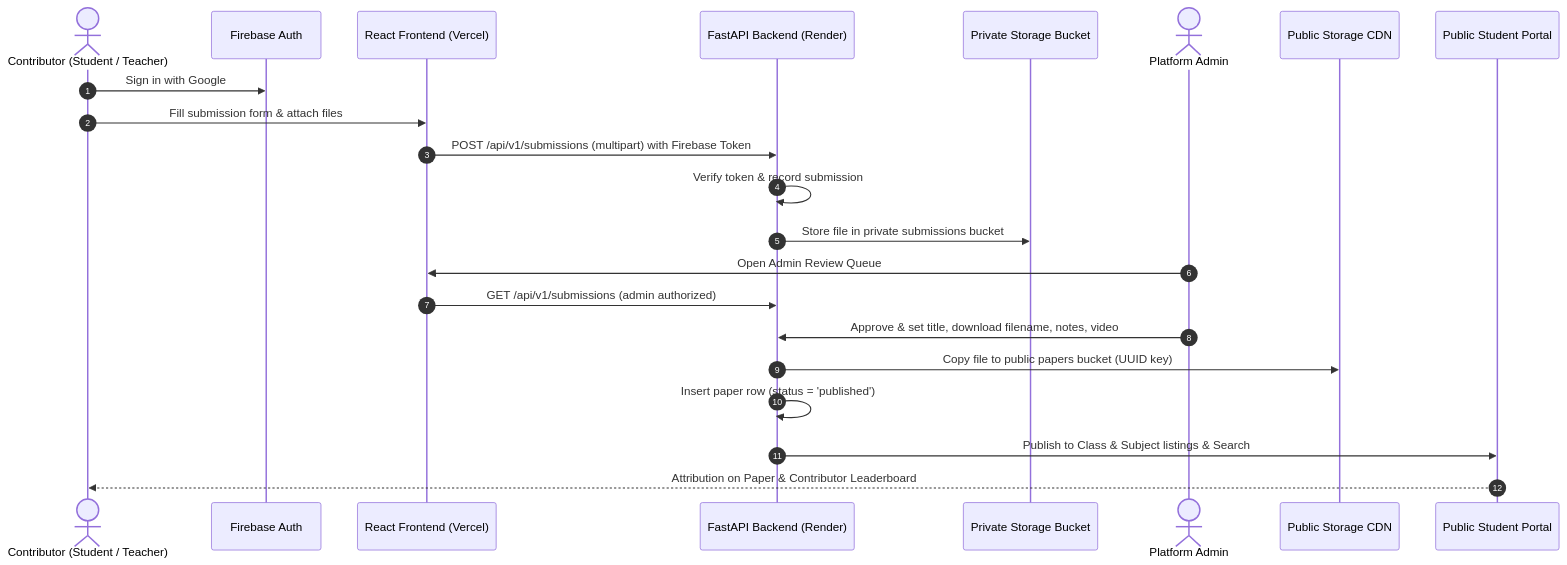
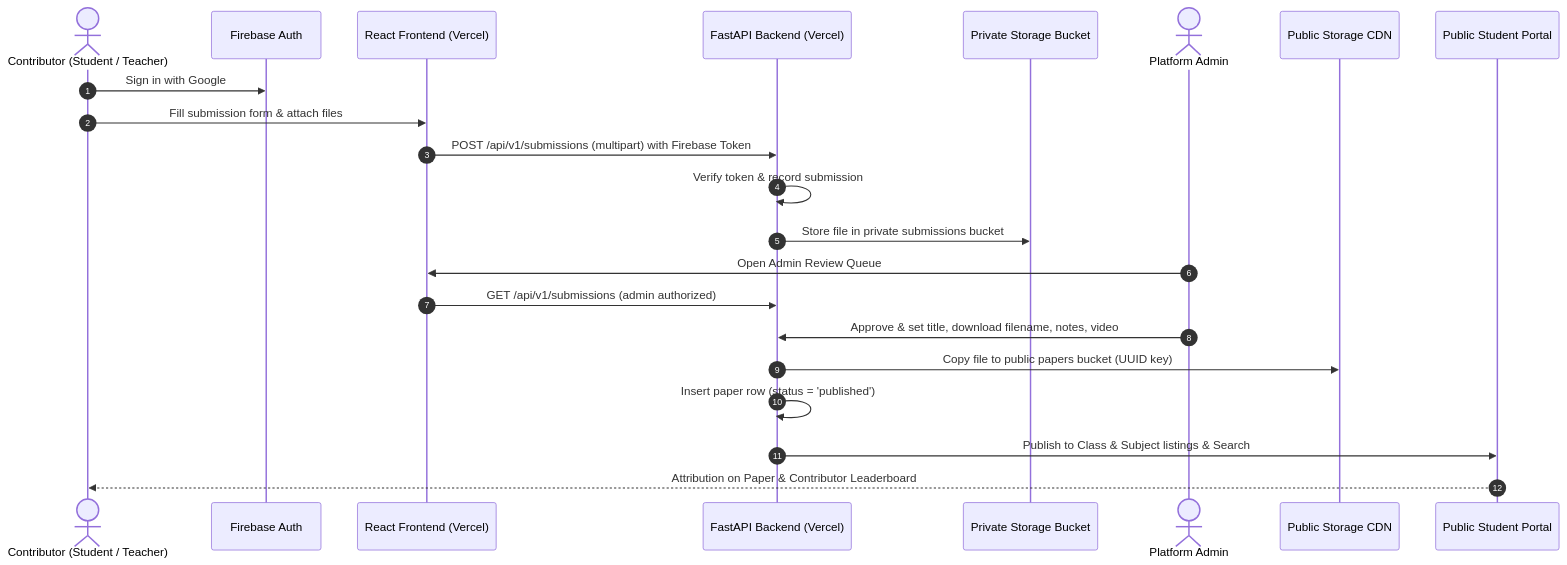
One commit to Sharruk/tn-board-portal changed the first of 2 diagrams in README.md. Above: the diagram before and after it, drawn with Mermaid. The commit also changed other lines of this file, not shown here.

Commit message:
docs: update architecture and deployment documentation

````diff
--- a/README.md
+++ b/README.md
@@ -81,25 +81,25 @@
 ```mermaid
 sequenceDiagram
     autonumber
     actor Contributor as Contributor (Student / Teacher)
     participant Auth as Firebase Auth
     participant Frontend as React Frontend (Vercel)
-    participant Backend as FastAPI Backend (Render)
+    participant Backend as FastAPI Backend (Vercel)
     participant Storage as Private Storage Bucket
     actor Admin as Platform Admin
     participant PublicStorage as Public Storage CDN
     participant Feed as Public Student Portal
 
     Contributor->>Auth: Sign in with Google
     Contributor->>Frontend: Fill submission form & attach files
     Frontend->>Backend: POST /api/v1/submissions (multipart) with Firebase Token
     Backend->>Backend: Verify token & record submission
     Backend->>Storage: Store file in private submissions bucket
     Admin->>Frontend: Open Admin Review Queue
     Frontend->>Backend: GET /api/v1/submissions (admin authorized)
     Admin->>Backend: Approve & set title, download filename, notes, video
     Backend->>PublicStorage: Copy file to public papers bucket (UUID key)
     Backend->>Backend: Insert paper row (status = 'published')
     Backend->>Feed: Publish to Class & Subject listings & Search
     Feed-->>Contributor: Attribution on Paper & Contributor Leaderboard
 ```
````
